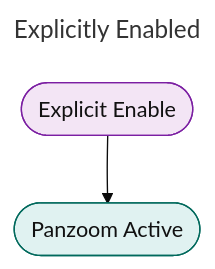
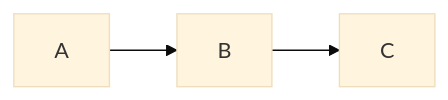
One commit to elgalu/mkdocs-panzoom changed the fourth of 4 diagrams in docs/Mermaid/disabled.md. Above: the diagram before and after it, drawn with Mermaid (base theme). The commit also changed other lines of this file and 7 other files, not shown here.

Commit message:
feat(panzoom): add smart auto-detection for diagram complexity to enable panzoom

````diff
--- a/docs/Mermaid/disabled.md
+++ b/docs/Mermaid/disabled.md
@@ -32,10 +50,7 @@
 ```mermaid
 ---
-title: Explicitly Enabled
 panzoom: { enabled: true }
 ---
-flowchart TB
-    H([Explicit Enable]) --> I([Panzoom Active])
-    style H fill:#f3e5f5,stroke:#7b1fa2,color:#111
-    style I fill:#e0f2f1,stroke:#00695c,color:#111
+flowchart LR
+    A --> B --> C
 ```
````
